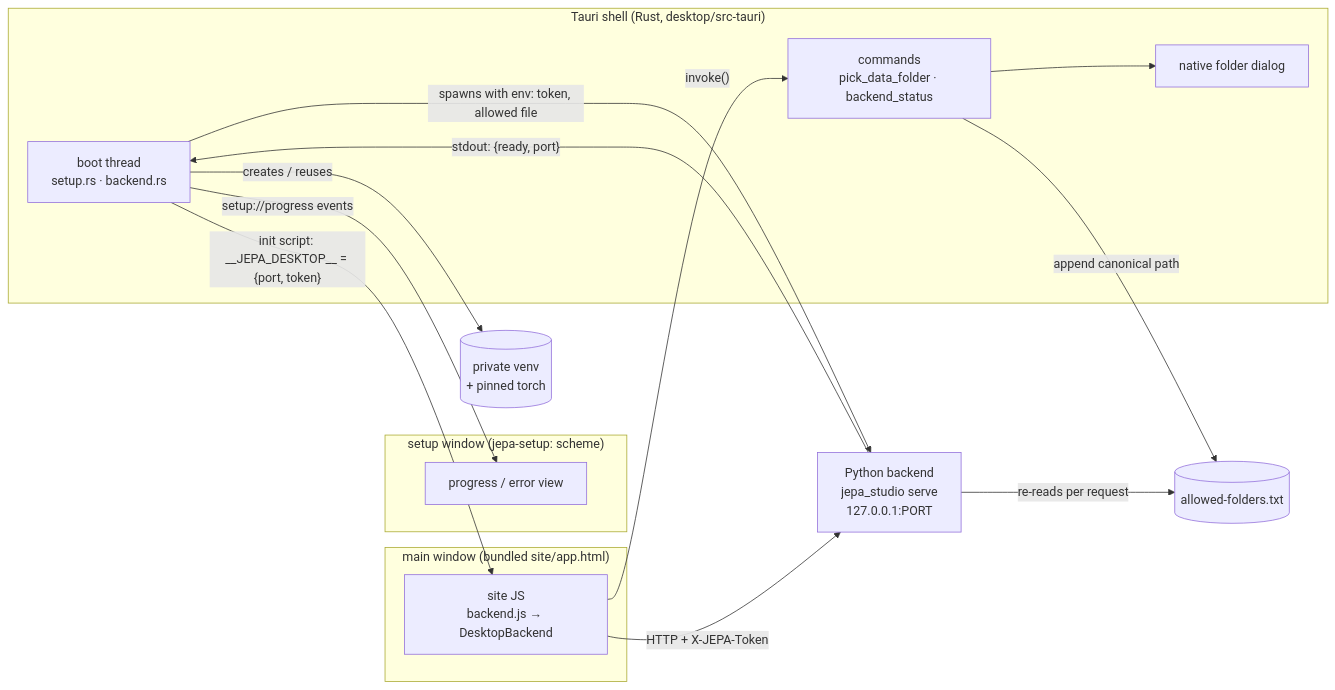
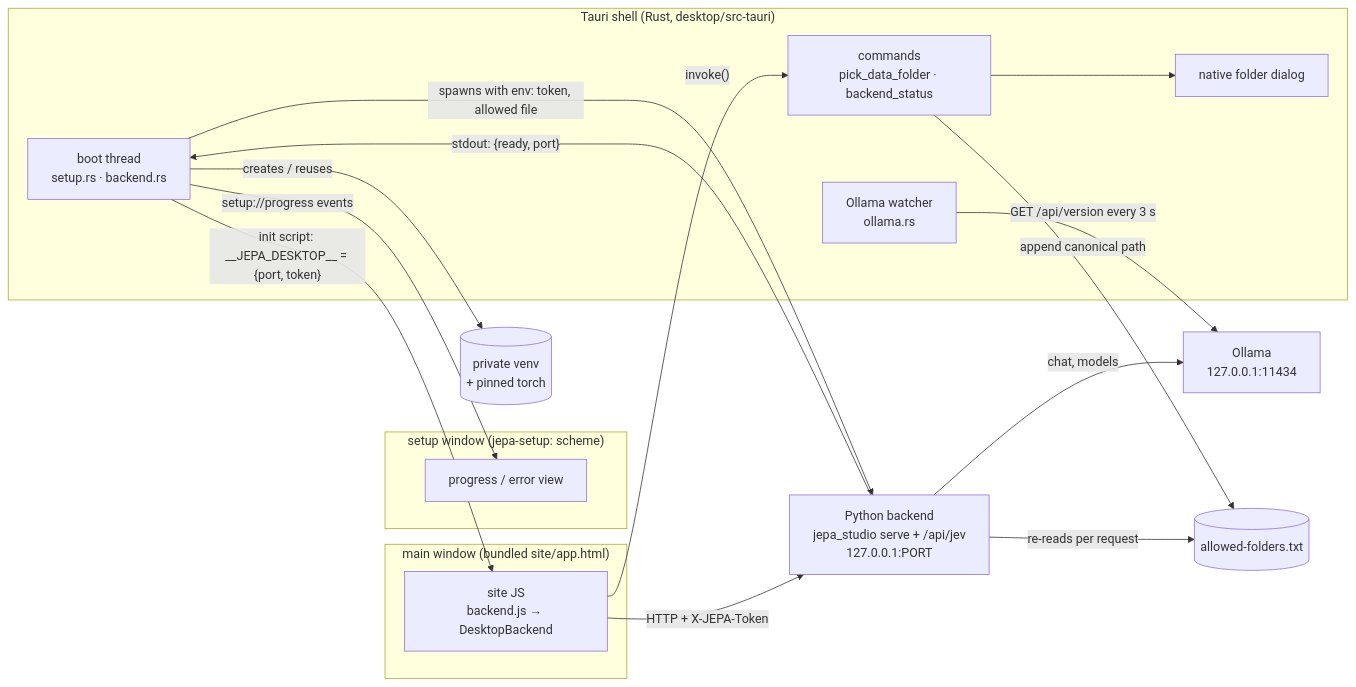
The diagram in docs/desktop.md (Normansrule/jepa-studio), drawn with Mermaid before and after one commit. The commit also changed other lines of this file and 39 other files, not shown here.

First line of the commit message:
WIP: JEV Studio UI (JEV + Science tabs, approvals, gallery), desktop shell rebrand

````diff
--- a/docs/desktop.md
+++ b/docs/desktop.md
@@ -13,28 +17,32 @@
 ```mermaid
 flowchart LR
   subgraph shell["Tauri shell (Rust, desktop/src-tauri)"]
     boot["boot thread<br/>setup.rs · backend.rs"]
     cmds["commands<br/>pick_data_folder · backend_status"]
     dlg["native folder dialog"]
+    olw["Ollama watcher<br/>ollama.rs"]
   end
   subgraph setupwin["setup window (jepa-setup: scheme)"]
     splash["progress / error view"]
   end
   subgraph mainwin["main window (bundled site/app.html)"]
     site["site JS<br/>backend.js → DesktopBackend"]
   end
-  py["Python backend<br/>jepa_studio serve<br/>127.0.0.1:PORT"]
+  py["Python backend<br/>jepa_studio serve + /api/jev<br/>127.0.0.1:PORT"]
+  oll["Ollama<br/>127.0.0.1:11434"]
   env[("private venv<br/>+ pinned torch")]
   allow[("allowed-folders.txt")]
 
   boot -- "setup://progress events" --> splash
   boot -- "creates / reuses" --> env
   boot -- "spawns with env: token, allowed file" --> py
   py -- "stdout: {ready, port}" --> boot
   boot -- "init script: __JEPA_DESKTOP__ = {port, token}" --> site
   site -- "HTTP + X-JEPA-Token" --> py
   site -- "invoke()" --> cmds
   cmds --> dlg
   cmds -- "append canonical path" --> allow
   py -- "re-reads per request" --> allow
+  olw -- "GET /api/version every 3 s" --> oll
+  py -- "chat, models" --> oll
 ```
````
